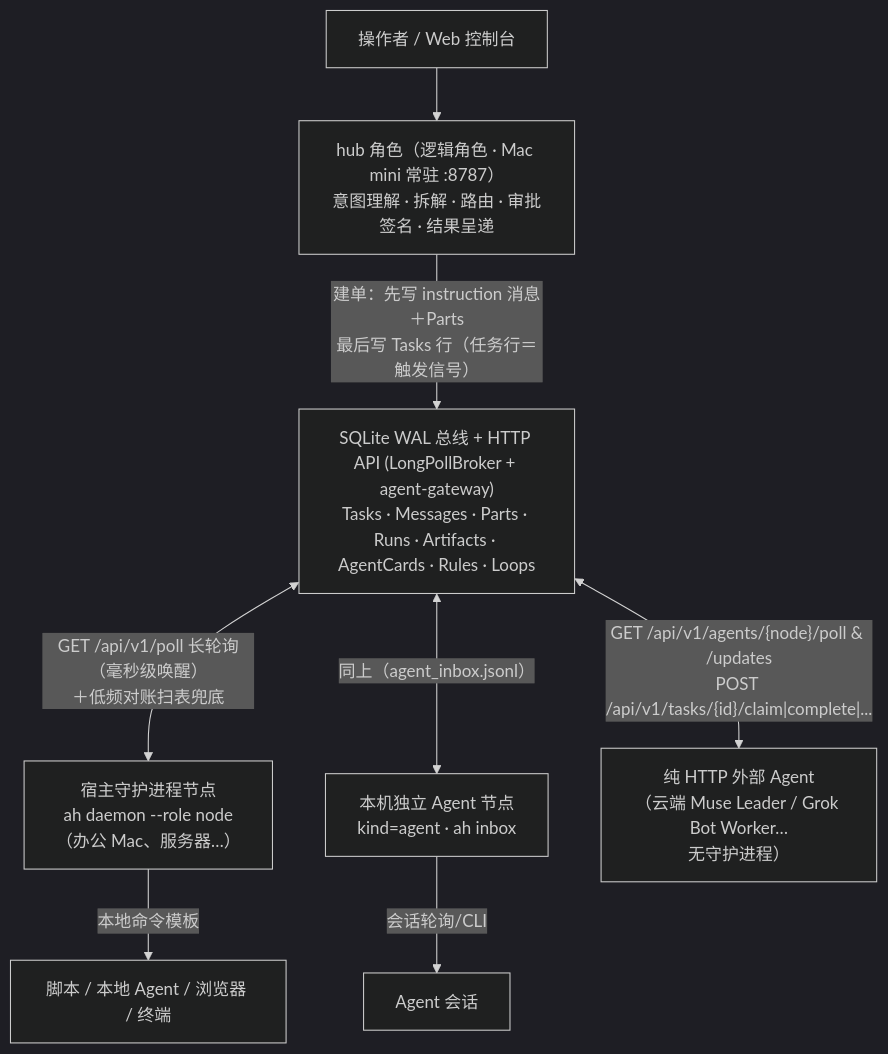
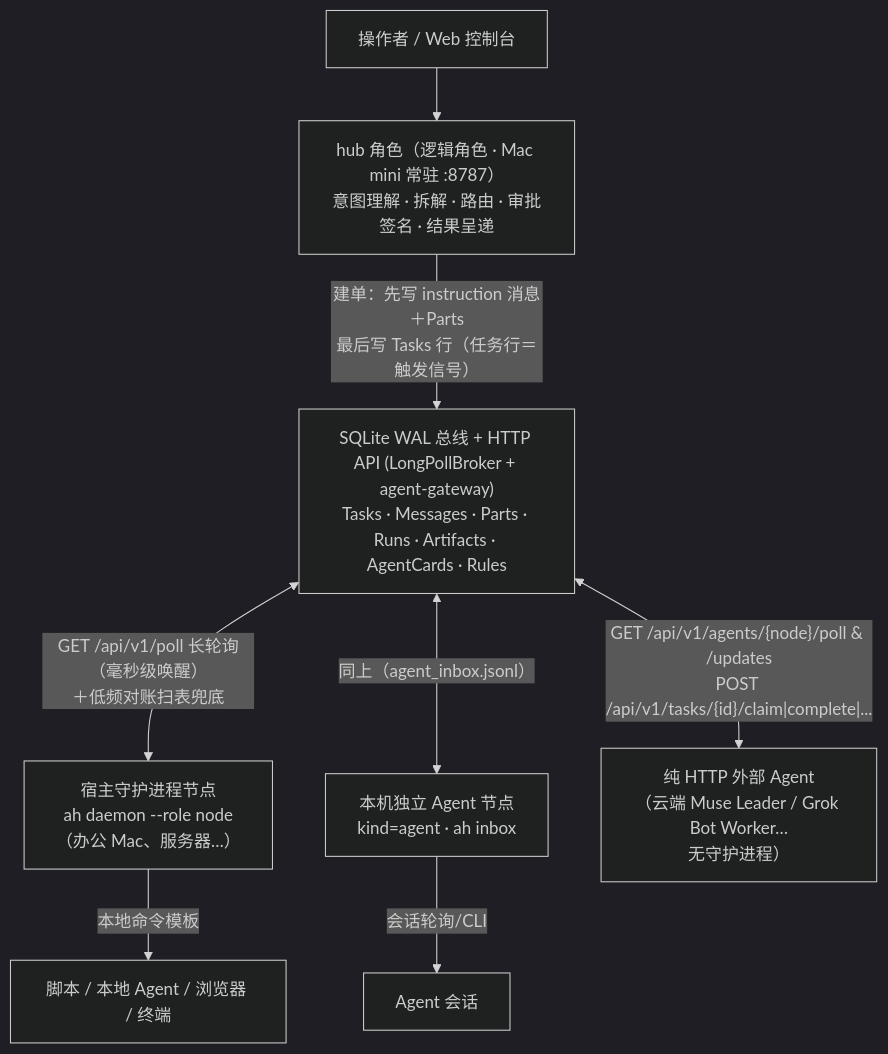
Before and after one commit to backtomyfuture/a2a-hub: the first of 2 diagrams in docs/architecture.md, drawn with Mermaid (dark theme). The commit also changed other lines of this file and 47 other files, not shown here.

Commit message:
refactor: slim down to lite A2A architecture (remove herdr & LoopForge, add Context_ID session resume & fan-out)

````diff
--- a/docs/architecture.md
+++ b/docs/architecture.md
@@ -16,14 +16,14 @@
 ```mermaid
 flowchart TB
     OP["操作者 / Web 控制台"] --> HUB["hub 角色（逻辑角色 · Mac mini 常驻 :8787）<br/>意图理解 · 拆解 · 路由 · 审批签名 · 结果呈递"]
     HUB -->|"建单：先写 instruction 消息＋Parts<br/>最后写 Tasks 行（任务行＝触发信号）"| BUS
-    BUS["SQLite WAL 总线 + HTTP API (LongPollBroker + agent-gateway)<br/>Tasks · Messages · Parts · Runs · Artifacts · AgentCards · Rules · Loops"]
+    BUS["SQLite WAL 总线 + HTTP API (LongPollBroker + agent-gateway)<br/>Tasks · Messages · Parts · Runs · Artifacts · AgentCards · Rules"]
     BUS <-->|"GET /api/v1/poll 长轮询（毫秒级唤醒）<br/>＋低频对账扫表兜底"| N1
     BUS <-->|"同上（agent_inbox.jsonl）"| N2
     BUS <-->|"GET /api/v1/agents/{node}/poll & /updates<br/>POST /api/v1/tasks/{id}/claim|complete|..."| N3
     N1["宿主守护进程节点<br/>ah daemon --role node<br/>（办公 Mac、服务器…）"]
     N2["本机独立 Agent 节点<br/>kind=agent · ah inbox"]
     N3["纯 HTTP 外部 Agent<br/>（云端 Muse Leader / Grok Bot Worker…<br/>无守护进程）"]
     N1 -->|"本地命令模板"| W1["脚本 / 本地 Agent / 浏览器 / 终端"]
     N2 -->|"会话轮询/CLI"| W2["Agent 会话"]
 ```
````
